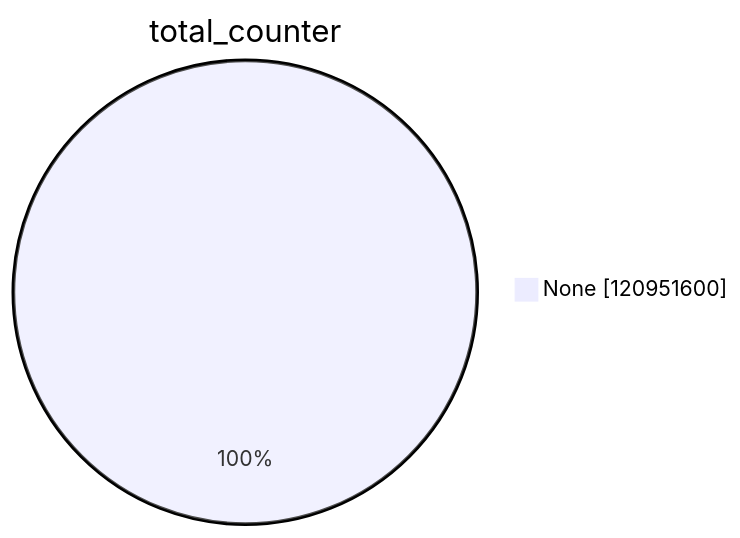
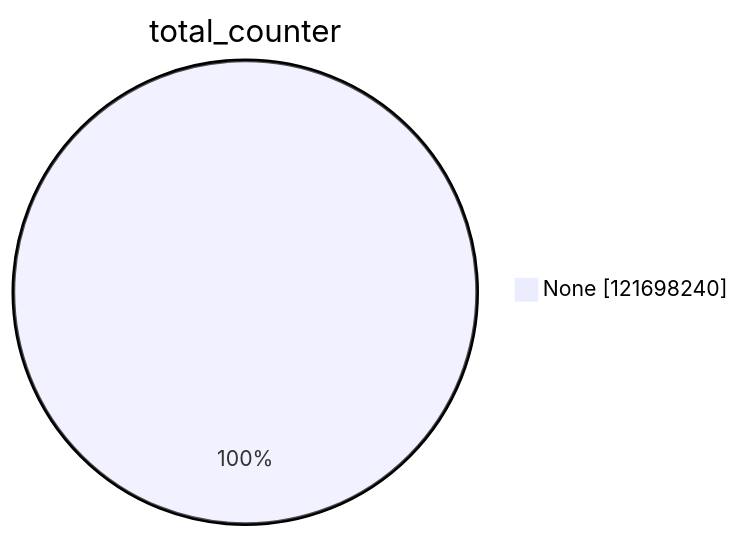
The first of 15 diagrams in argon2023/README.md (christiankrug/ctmonitor_visualization), drawn with Mermaid before and after one commit. The commit also changed other lines of this file, not shown here.

````diff
--- a/argon2023/README.md
+++ b/argon2023/README.md
@@ -1,5 +1,5 @@
 ```mermaid
 pie showData
 title total_counter
-"None" :120951600
+"None" :121698240
 ```
````
